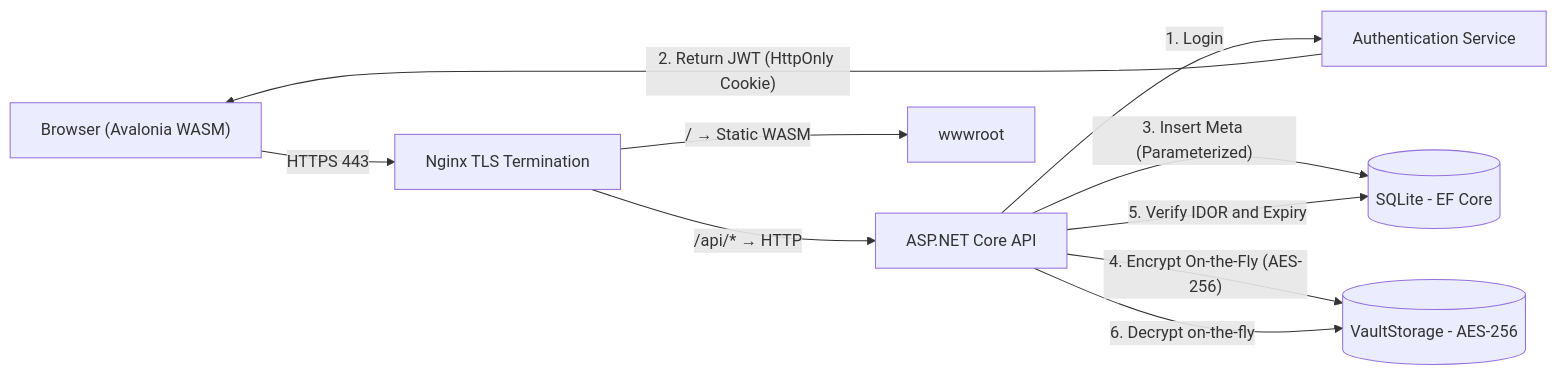
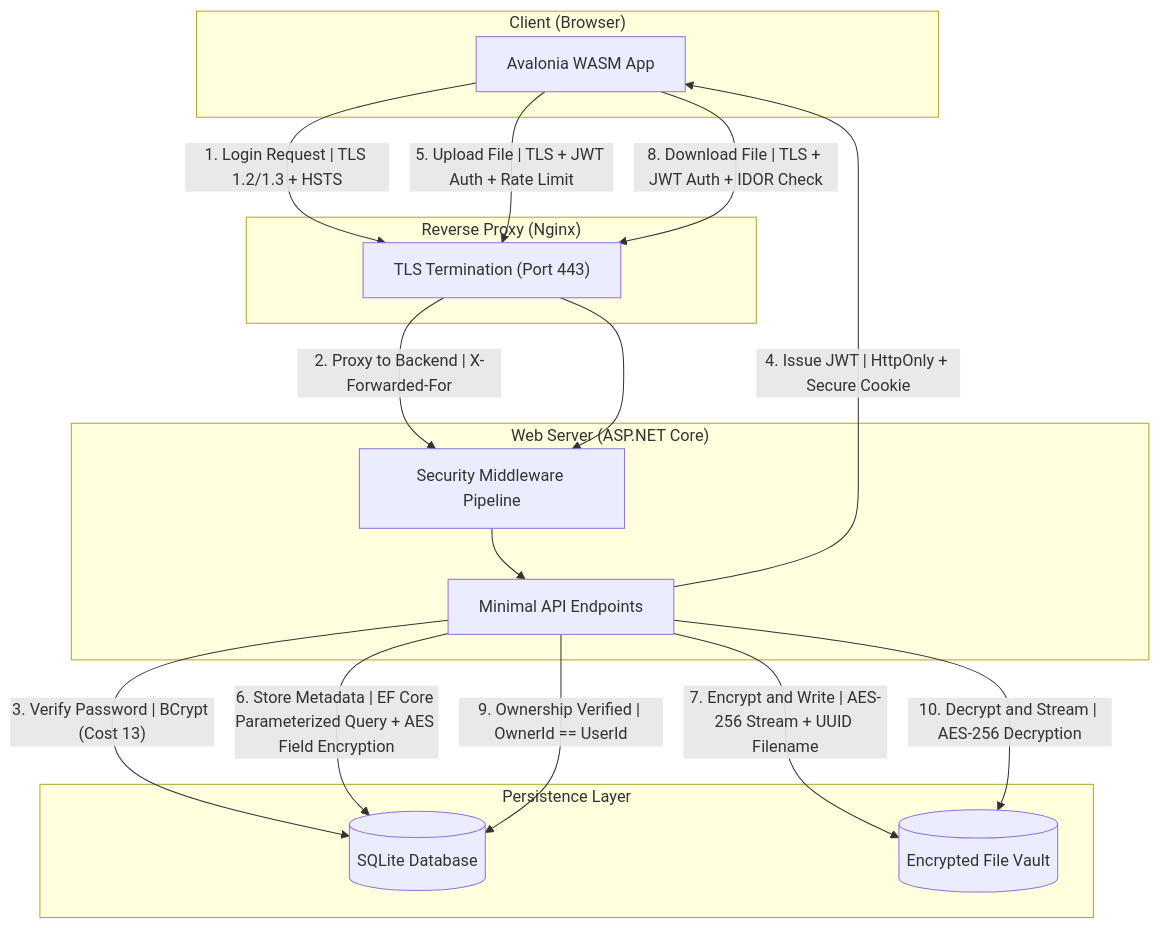
Before and after one commit to young-bob/INFO8373: the diagram in Report.md, drawn with Mermaid. The commit also changed other lines of this file, not shown here.

````diff
--- a/Report.md
+++ b/Report.md
@@ -34,19 +34,35 @@
 ```mermaid
-graph LR
-    Client["Browser (Avalonia WASM)"] -- "HTTPS 443" --> Nginx
-    Nginx["Nginx TLS Termination"] -- "/api/* → HTTP" --> AppServer
-    Nginx -- "/ → Static WASM" --> StaticFiles["wwwroot"]
-    AppServer["ASP.NET Core API"]
-    Auth[Authentication Service]
-    FileSys[("VaultStorage - AES-256")]
-    DB[("SQLite - EF Core")]
+graph TD
+    subgraph Client ["Client (Browser)"]
+        WASM["Avalonia WASM App"]
+    end
 
-    AppServer -- "1. Login" --> Auth
-    Auth -- "2. Return JWT (HttpOnly Cookie)" --> Client
-    
-    AppServer -- "3. Insert Meta (Parameterized)" --> DB
-    AppServer -- "4. Encrypt On-the-Fly (AES-256)" --> FileSys
-    
-    AppServer -- "5. Verify IDOR and Expiry" --> DB
-    AppServer -- "6. Decrypt on-the-fly" --> FileSys
+    subgraph Proxy ["Reverse Proxy (Nginx)"]
+        TLS["TLS Termination (Port 443)"]
+    end
+
+    subgraph Server ["Web Server (ASP.NET Core)"]
+        MW["Security Middleware Pipeline"]
+        API["Minimal API Endpoints"]
+        MW --> API
+    end
+
+    subgraph Storage ["Persistence Layer"]
+        DB[("SQLite Database")]
+        Vault[("Encrypted File Vault")]
+    end
+
+    WASM -- "1. Login Request | TLS 1.2/1.3 + HSTS" --> TLS
+    TLS -- "2. Proxy to Backend | X-Forwarded-For" --> MW
+    API -- "3. Verify Password | BCrypt (Cost 13)" --> DB
+    API -- "4. Issue JWT | HttpOnly + Secure Cookie" --> WASM
+
+    WASM -- "5. Upload File | TLS + JWT Auth + Rate Limit" --> TLS
+    TLS --> MW
+    API -- "6. Store Metadata | EF Core Parameterized Query + AES Field Encryption" --> DB
+    API -- "7. Encrypt and Write | AES-256 Stream + UUID Filename" --> Vault
+
+    WASM -- "8. Download File | TLS + JWT Auth + IDOR Check" --> TLS
+    API -- "9. Ownership Verified | OwnerId == UserId" --> DB
+    API -- "10. Decrypt and Stream | AES-256 Decryption" --> Vault
 ```
````
